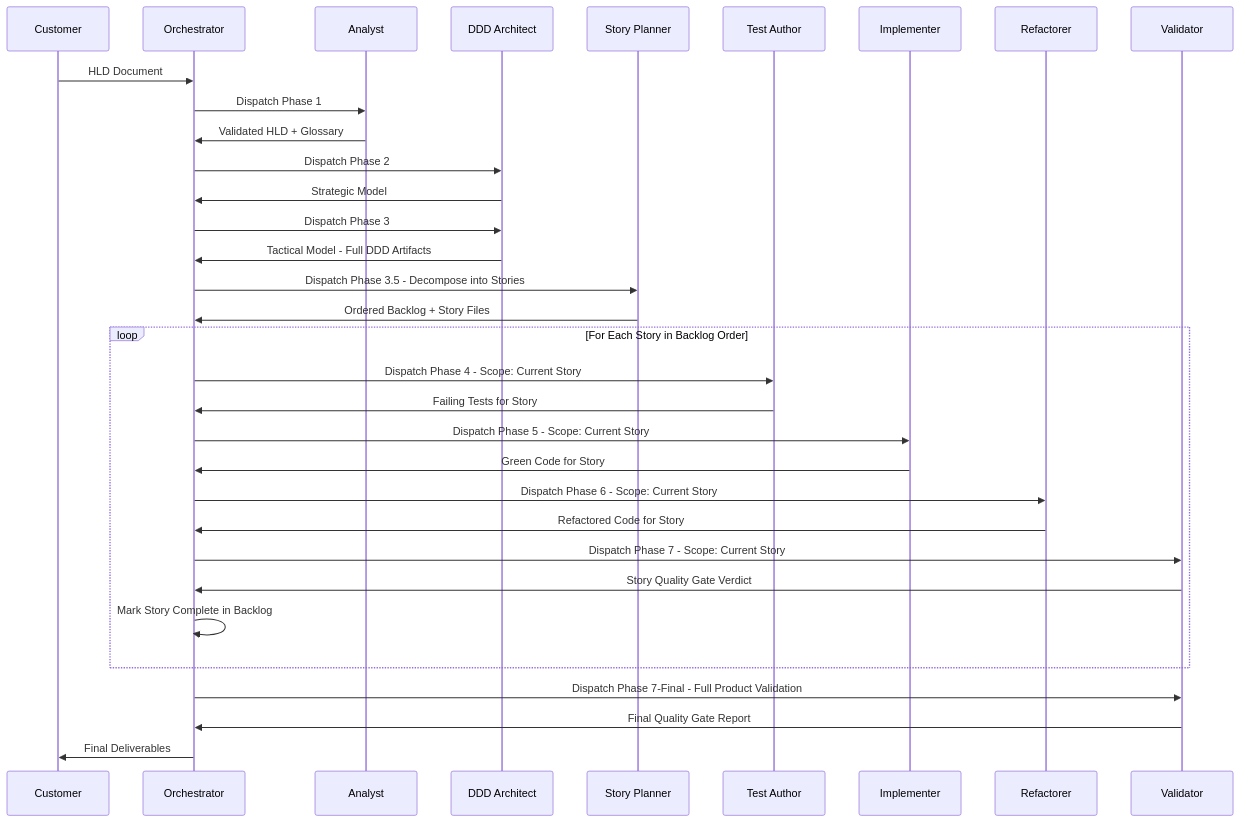
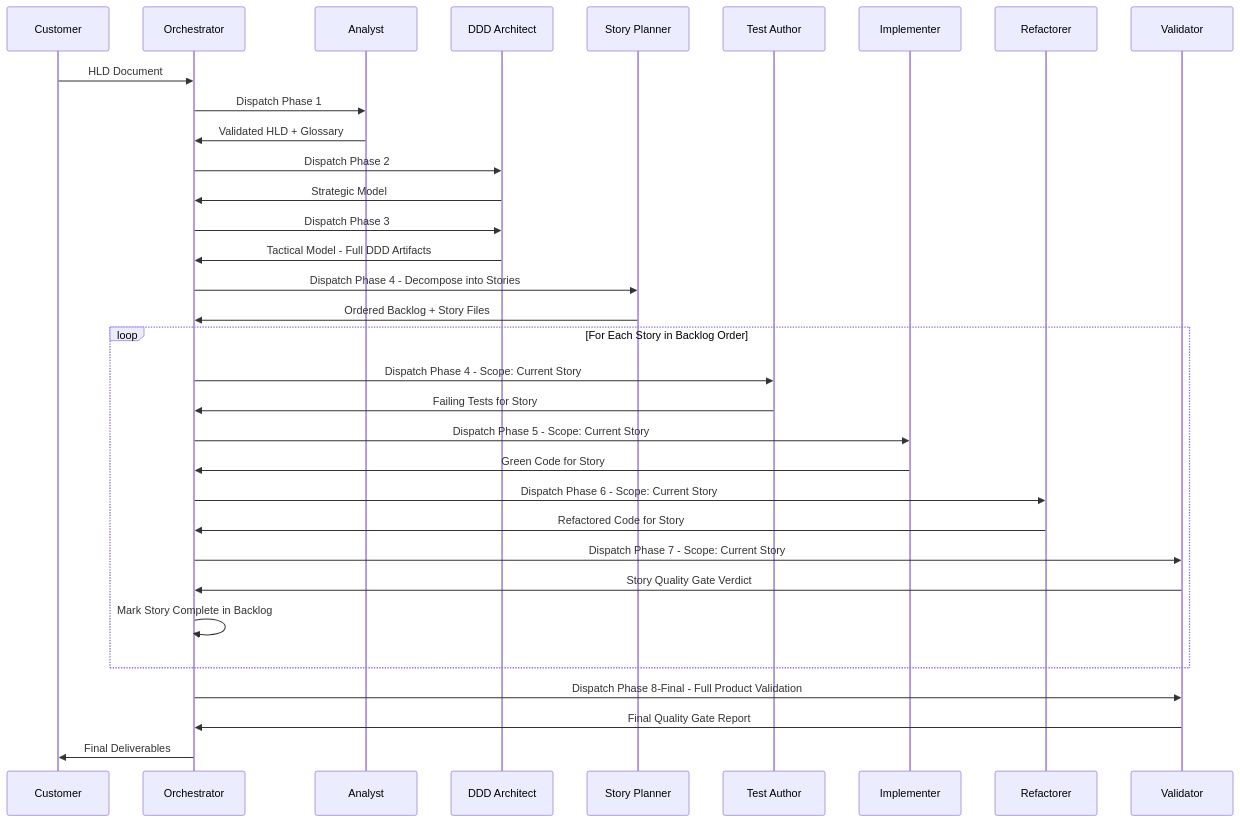
The second of 2 diagrams in plans/story-planner-skill-plan.md (Yarovinsky/Templates), drawn with Mermaid before and after one commit. The commit also changed other lines of this file and 17 other files, not shown here.

````diff
--- a/plans/story-planner-skill-plan.md
+++ b/plans/story-planner-skill-plan.md
@@ -70,38 +70,38 @@
 ```mermaid
 sequenceDiagram
     participant CU as Customer
     participant OR as Orchestrator
     participant AN as Analyst
     participant AR as DDD Architect
     participant SP as Story Planner
     participant TA as Test Author
     participant IM as Implementer
     participant RE as Refactorer
     participant VA as Validator
 
     CU->>OR: HLD Document
     OR->>AN: Dispatch Phase 1
     AN->>OR: Validated HLD + Glossary
     OR->>AR: Dispatch Phase 2
     AR->>OR: Strategic Model
     OR->>AR: Dispatch Phase 3
     AR->>OR: Tactical Model - Full DDD Artifacts
-    OR->>SP: Dispatch Phase 3.5 - Decompose into Stories
+    OR->>SP: Dispatch Phase 4 - Decompose into Stories
     SP->>OR: Ordered Backlog + Story Files
 
     loop For Each Story in Backlog Order
         OR->>TA: Dispatch Phase 4 - Scope: Current Story
         TA->>OR: Failing Tests for Story
         OR->>IM: Dispatch Phase 5 - Scope: Current Story
         IM->>OR: Green Code for Story
         OR->>RE: Dispatch Phase 6 - Scope: Current Story
         RE->>OR: Refactored Code for Story
         OR->>VA: Dispatch Phase 7 - Scope: Current Story
         VA->>OR: Story Quality Gate Verdict
         OR->>OR: Mark Story Complete in Backlog
     end
 
-    OR->>VA: Dispatch Phase 7-Final - Full Product Validation
+    OR->>VA: Dispatch Phase 8-Final - Full Product Validation
     VA->>OR: Final Quality Gate Report
     OR->>CU: Final Deliverables
 ```
````
